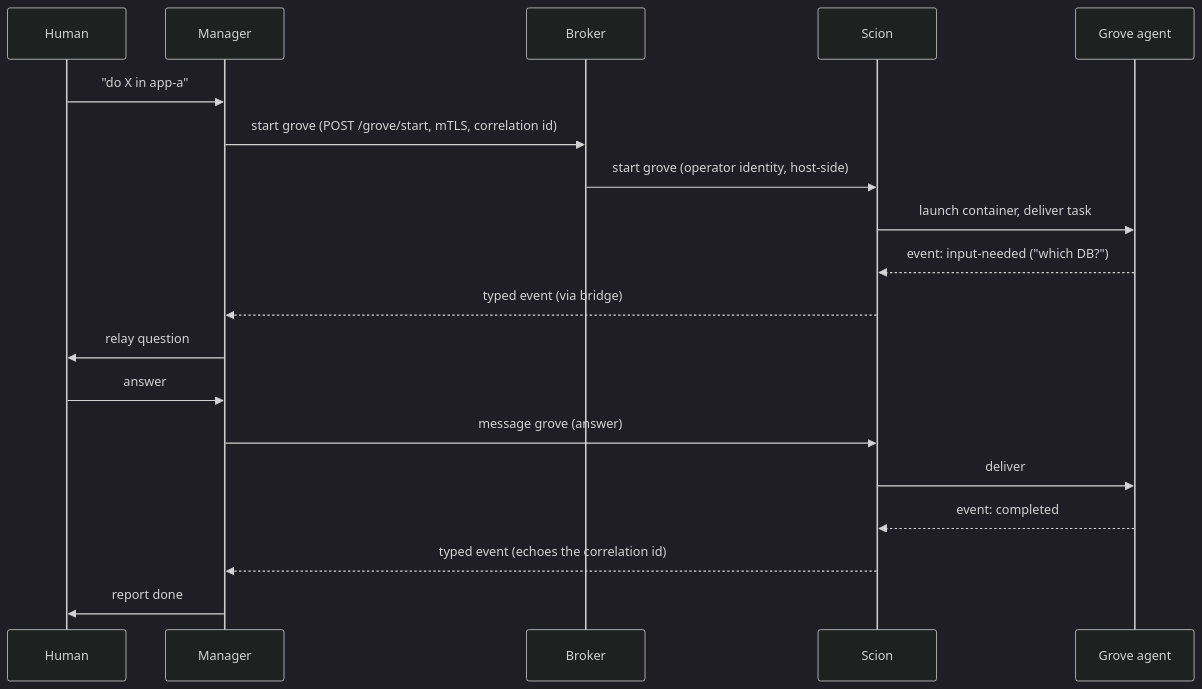
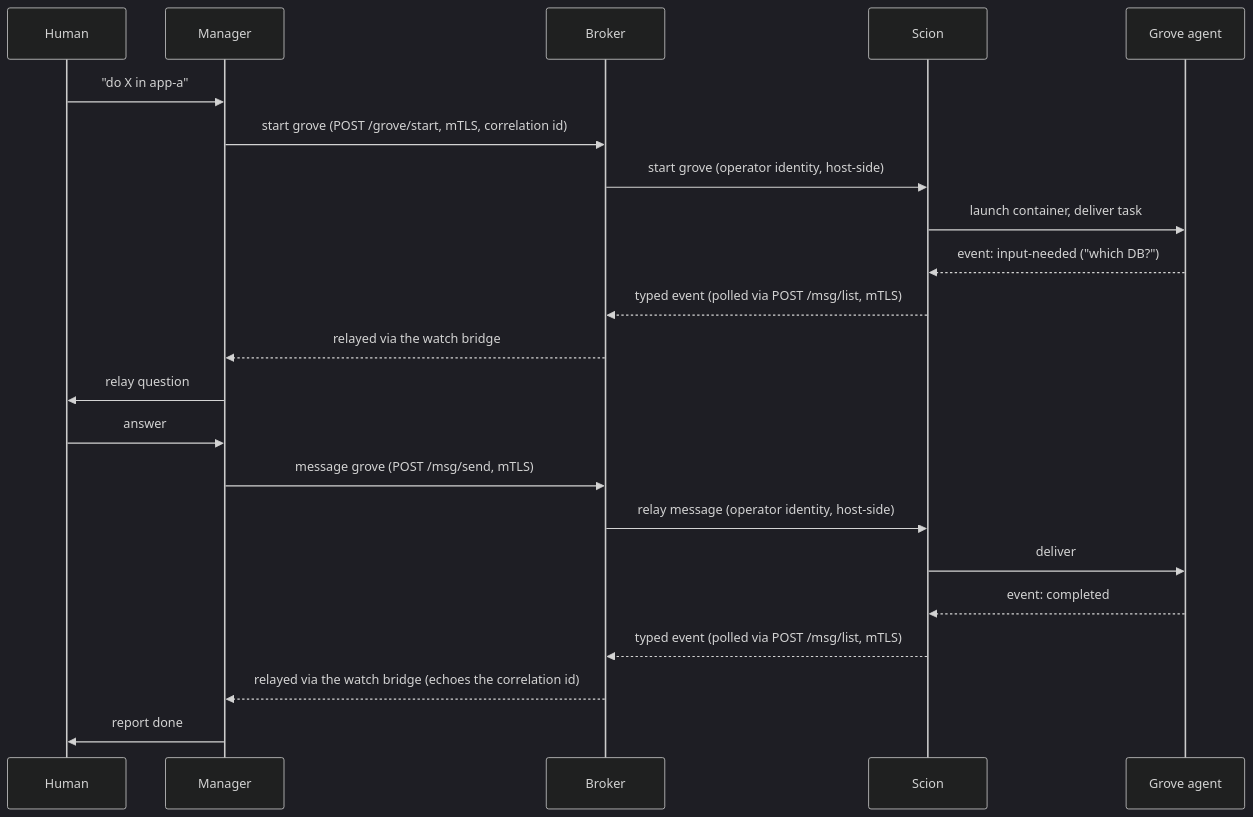
One commit to stevegeek/lever changed the third of 3 diagrams in docs-site/_guides/architecture.md. Above: the diagram before and after it, drawn with Mermaid (dark theme). The commit also changed other lines of this file and 4 other files, not shown here.

````diff
--- a/docs-site/_guides/architecture.md
+++ b/docs-site/_guides/architecture.md
@@ -136,21 +137,24 @@
 ```mermaid
 sequenceDiagram
     participant Hu as Human
     participant Mg as Manager
     participant Br as Broker
     participant Sc as Scion
     participant Gv as Grove agent
     Hu->>Mg: "do X in app-a"
     Mg->>Br: start grove (POST /grove/start, mTLS, correlation id)
     Br->>Sc: start grove (operator identity, host-side)
     Sc->>Gv: launch container, deliver task
     Gv-->>Sc: event: input-needed ("which DB?")
-    Sc-->>Mg: typed event (via bridge)
+    Sc-->>Br: typed event (polled via POST /msg/list, mTLS)
+    Br-->>Mg: relayed via the watch bridge
     Mg->>Hu: relay question
     Hu->>Mg: answer
-    Mg->>Sc: message grove (answer)
+    Mg->>Br: message grove (POST /msg/send, mTLS)
+    Br->>Sc: relay message (operator identity, host-side)
     Sc->>Gv: deliver
     Gv-->>Sc: event: completed
-    Sc-->>Mg: typed event (echoes the correlation id)
+    Sc-->>Br: typed event (polled via POST /msg/list, mTLS)
+    Br-->>Mg: relayed via the watch bridge (echoes the correlation id)
     Mg->>Hu: report done
 ```
````
